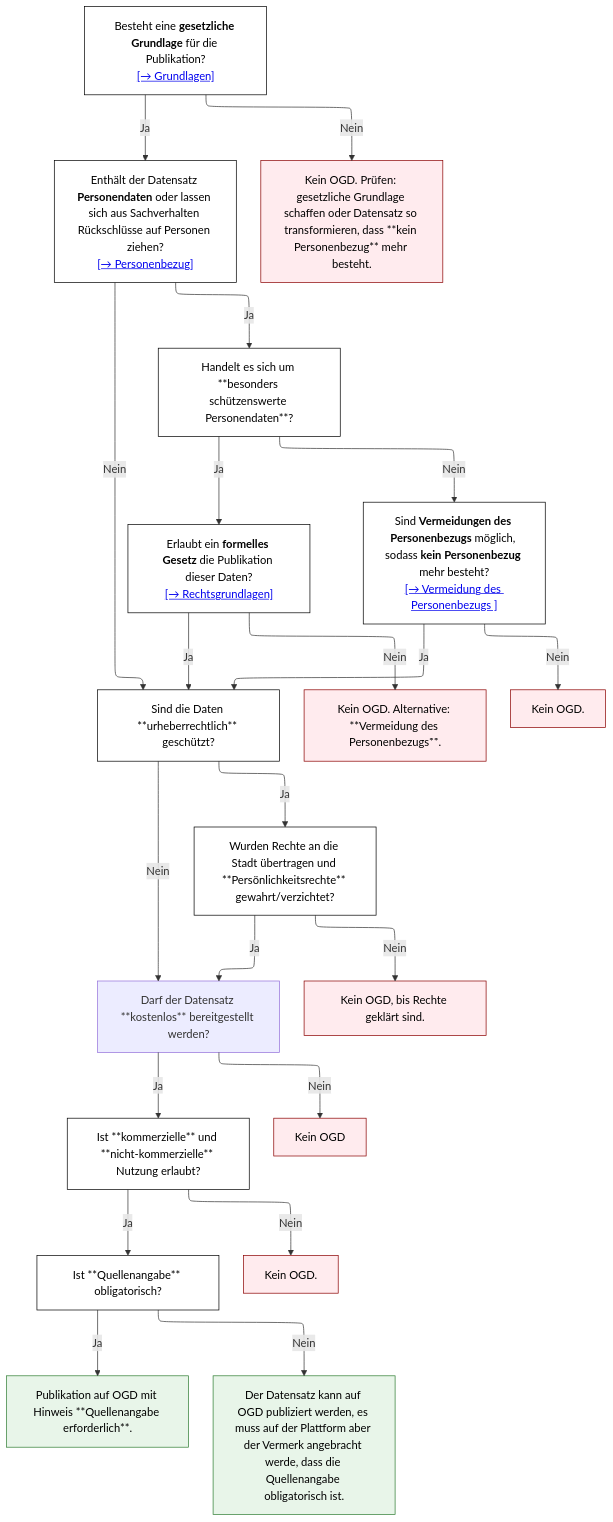
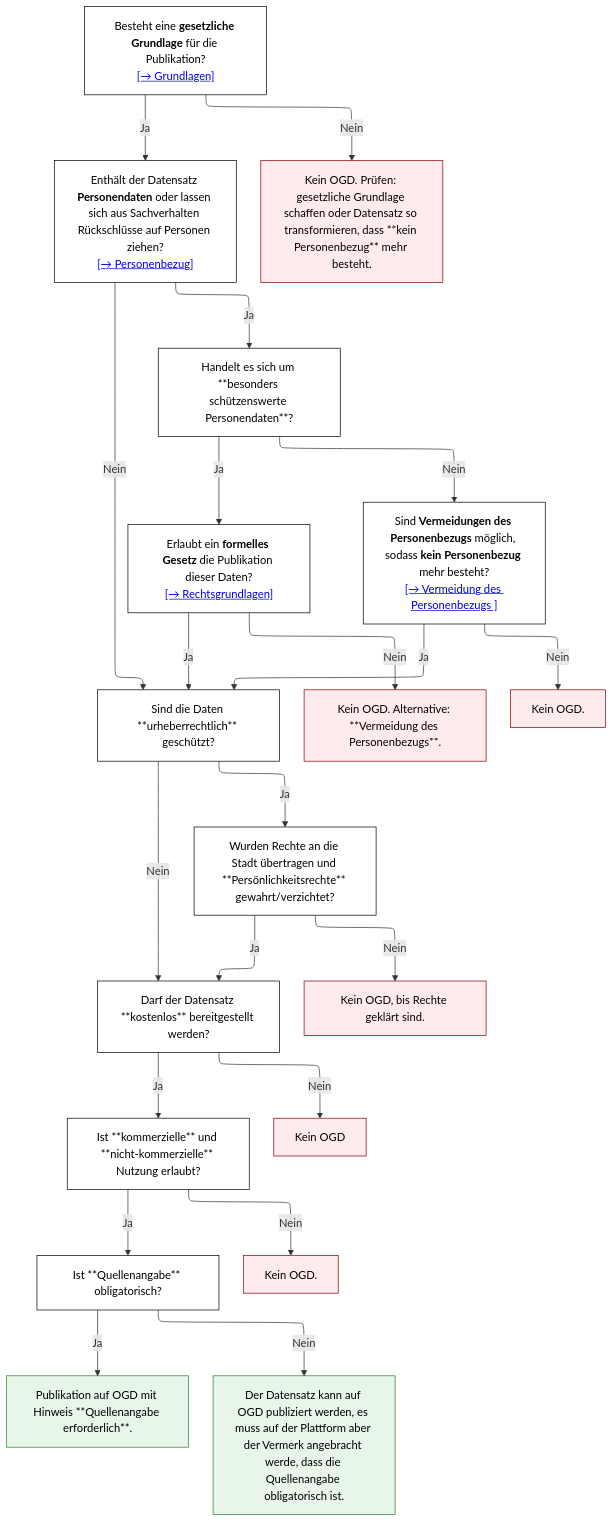
One commit to ebp-group/225348-Winterthur-OGD-Docs changed the diagram in docs/datenschutz-hilfsmittel/index.md. Above: the diagram before and after it, drawn with Mermaid. The commit also changed 3 other files, not shown here.

````diff
--- a/docs/datenschutz-hilfsmittel/index.md
+++ b/docs/datenschutz-hilfsmittel/index.md
@@ -9,54 +9,55 @@
 ```mermaid
 ---
 config:
   layout: elk
 ---
 flowchart TD
     A@{ label: "Besteht eine **gesetzliche Grundlage** für die Publikation?<br><a href=\"https://ebp-group.github.io/225348-Winterthur-OGD-Docs/datenschutz-hilfsmittel/grundlagen\">[→ Grundlagen]</a>" } -- Ja --> B@{ label: "Enthält der Datensatz **Personendaten** oder lassen sich aus Sachverhalten Rückschlüsse auf Personen ziehen?<br><a href=\"https://ebp-group.github.io/225348-Winterthur-OGD-Docs/datenschutz-hilfsmittel/personenbezug\">[→ Personenbezug]</a>" }
     A -- Nein --> X1["Kein OGD. Prüfen: gesetzliche Grundlage schaffen oder Datensatz so transformieren, dass **kein Personenbezug** mehr besteht."]
     B -- Nein --> C["Sind die Daten **urheberrechtlich** geschützt?"]
     B -- Ja --> D["Handelt es sich um **besonders schützenswerte Personendaten**?"]
     D -- Ja --> E@{ label: "Erlaubt ein **formelles Gesetz** die Publikation dieser Daten?<br><a href=\"https://ebp-group.github.io/225348-Winterthur-OGD-Docs/datenschutz-hilfsmittel/rechtsgrundlagen\">[→ Rechtsgrundlagen]</a>" }
     D -- Nein --> F@{ label: "Sind **Vermeidungen des Personenbezugs** möglich, sodass **kein Personenbezug** mehr besteht?<br><a href=\"https://ebp-group.github.io/225348-Winterthur-OGD-Docs/datenschutz-hilfsmittel/vermeidung\">[→ Vermeidung des Personenbezugs ]</a>" }
     E -- Ja --> C
     E -- Nein --> X2["Kein OGD. Alternative: **Vermeidung des Personenbezugs**."]
     F -- Ja --> C
     F -- Nein --> X3["Kein OGD."]
     C -- Ja --> G["Wurden Rechte an die Stadt übertragen und **Persönlichkeitsrechte** gewahrt/verzichtet?"]
     C -- Nein --> H["Darf der Datensatz **kostenlos** bereitgestellt werden?"]
     G -- Ja --> H
     G -- Nein --> X4["Kein OGD, bis Rechte geklärt sind."]
     H -- Ja --> I["Ist **kommerzielle** und **nicht-kommerzielle** Nutzung erlaubt?"]
     H -- Nein --> Y1["Kein OGD"]
     I -- Ja --> J["Ist **Quellenangabe** obligatorisch?"]
     I -- Nein --> Y2["Kein OGD."]
     J -- Ja --> Z2["Publikation auf OGD mit Hinweis **Quellenangabe erforderlich**."]
     J -- Nein --> Z1["Der Datensatz kann auf OGD publiziert werden, es muss auf der Plattform aber der Vermerk angebracht werde, dass die Quellenangabe obligatorisch ist."]
     A@{ shape: rect}
     B@{ shape: rect}
     E@{ shape: rect}
     F@{ shape: rect}
     G@{ shape: rect}
     I@{ shape: rect}
      A:::neutral
      B:::neutral
      X1:::stop
      C:::neutral
      D:::neutral
      E:::neutral
      F:::neutral
      X2:::stop
      X3:::stop
      G:::neutral
+     H:::neutral
      X4:::stop
      I:::neutral
      Y1:::stop
      J:::neutral
      Y2:::stop
      Z2:::ok
      Z1:::ok
     classDef ok fill:#e8f5e9,stroke:#2e7d32,color:#000
     classDef warn fill:#ffffff,stroke:#9e9e9e,color:#000
     classDef stop fill:#ffebee,stroke:#8b0000,color:#000
     classDef neutral fill:#ffffff,stroke:#000,color:#000
 ```
````
